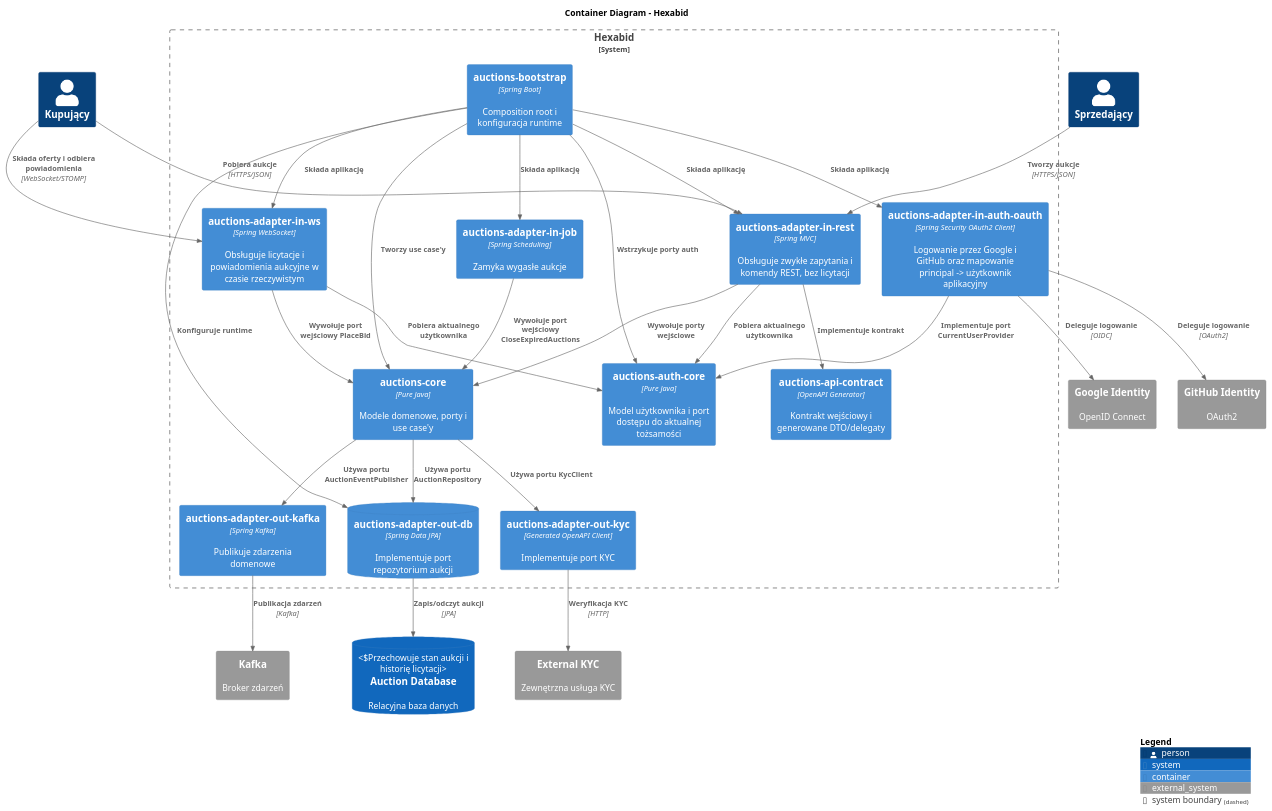
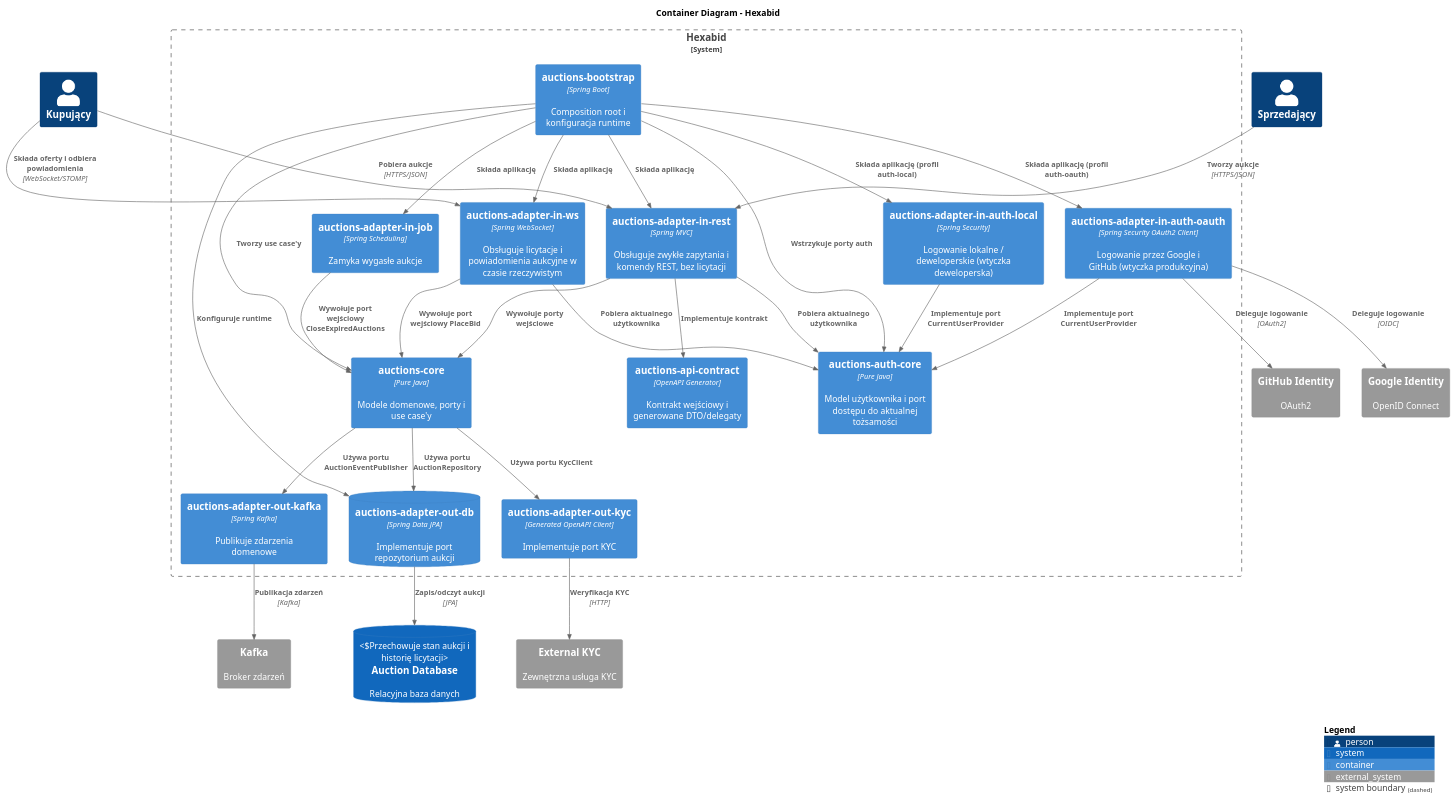
The second of 3 diagrams in hexabid/doc/architecture-c4.adoc (mikoreg/sandbox), drawn with PlantUML before and after one commit. The commit also changed other lines of this file and 134 other files, not shown here.

```diff
--- a/hexabid/doc/architecture-c4.adoc
+++ b/hexabid/doc/architecture-c4.adoc
@@ -63,63 +67,66 @@
 [plantuml, c4-container, png]
 ....
 !includeurl https://raw.githubusercontent.com/plantuml-stdlib/C4-PlantUML/master/C4_Container.puml
 
 title Container Diagram - Hexabid
 skinparam defaultFontName Noto Sans
 
 LAYOUT_WITH_LEGEND()
 
 Person(buyer, "Kupujący")
 Person(seller, "Sprzedający")
 
 System_Ext(kyc, "External KYC", "Zewnętrzna usługa KYC")
 System_Ext(kafka, "Kafka", "Broker zdarzeń")
 System_Ext(google, "Google Identity", "OpenID Connect")
 System_Ext(github, "GitHub Identity", "OAuth2")
 SystemDb(db, "Auction Database", "Relacyjna baza danych", "Przechowuje stan aukcji i historię licytacji")
 
 System_Boundary(hexabid, "Hexabid") {
     Container(authCore, "auctions-auth-core", "Pure Java", "Model użytkownika i port dostępu do aktualnej tożsamości")
-    Container(authAdapter, "auctions-adapter-in-auth-oauth", "Spring Security OAuth2 Client", "Logowanie przez Google i GitHub oraz mapowanie principal -> użytkownik aplikacyjny")
+    Container(authOAuth, "auctions-adapter-in-auth-oauth", "Spring Security OAuth2 Client", "Logowanie przez Google i GitHub (wtyczka produkcyjna)")
+    Container(authLocal, "auctions-adapter-in-auth-local", "Spring Security", "Logowanie lokalne / deweloperskie (wtyczka deweloperska)")
     Container(rest, "auctions-adapter-in-rest", "Spring MVC", "Obsługuje zwykłe zapytania i komendy REST, bez licytacji")
     Container(ws, "auctions-adapter-in-ws", "Spring WebSocket", "Obsługuje licytacje i powiadomienia aukcyjne w czasie rzeczywistym")
     Container(job, "auctions-adapter-in-job", "Spring Scheduling", "Zamyka wygasłe aukcje")
     Container(core, "auctions-core", "Pure Java", "Modele domenowe, porty i use case'y")
     ContainerDb(dbAdapter, "auctions-adapter-out-db", "Spring Data JPA", "Implementuje port repozytorium aukcji")
     Container(kafkaAdapter, "auctions-adapter-out-kafka", "Spring Kafka", "Publikuje zdarzenia domenowe")
     Container(kycAdapter, "auctions-adapter-out-kyc", "Generated OpenAPI Client", "Implementuje port KYC")
     Container(contract, "auctions-api-contract", "OpenAPI Generator", "Kontrakt wejściowy i generowane DTO/delegaty")
     Container(bootstrap, "auctions-bootstrap", "Spring Boot", "Composition root i konfiguracja runtime")
 }
 
 Rel(seller, rest, "Tworzy aukcje", "HTTPS/JSON")
 Rel(buyer, rest, "Pobiera aukcje", "HTTPS/JSON")
 Rel(buyer, ws, "Składa oferty i odbiera powiadomienia", "WebSocket/STOMP")
 Rel(rest, authCore, "Pobiera aktualnego użytkownika")
 Rel(ws, authCore, "Pobiera aktualnego użytkownika")
-Rel(authAdapter, authCore, "Implementuje port CurrentUserProvider")
-Rel(authAdapter, google, "Deleguje logowanie", "OIDC")
-Rel(authAdapter, github, "Deleguje logowanie", "OAuth2")
+Rel(authOAuth, authCore, "Implementuje port CurrentUserProvider")
+Rel(authLocal, authCore, "Implementuje port CurrentUserProvider")
+Rel(authOAuth, google, "Deleguje logowanie", "OIDC")
+Rel(authOAuth, github, "Deleguje logowanie", "OAuth2")
 
 Rel(rest, contract, "Implementuje kontrakt")
 Rel(rest, core, "Wywołuje porty wejściowe")
 Rel(ws, core, "Wywołuje port wejściowy PlaceBid")
 Rel(job, core, "Wywołuje port wejściowy CloseExpiredAuctions")
 
 Rel(core, dbAdapter, "Używa portu AuctionRepository")
 Rel(core, kafkaAdapter, "Używa portu AuctionEventPublisher")
 Rel(core, kycAdapter, "Używa portu KycClient")
 
 Rel(dbAdapter, db, "Zapis/odczyt aukcji", "JPA")
 Rel(kafkaAdapter, kafka, "Publikacja zdarzeń", "Kafka")
 Rel(kycAdapter, kyc, "Weryfikacja KYC", "HTTP")
 Rel(bootstrap, rest, "Składa aplikację")
-Rel(bootstrap, authAdapter, "Składa aplikację")
+Rel(bootstrap, authOAuth, "Składa aplikację (profil auth-oauth)")
+Rel(bootstrap, authLocal, "Składa aplikację (profil auth-local)")
 Rel(bootstrap, authCore, "Wstrzykuje porty auth")
 Rel(bootstrap, ws, "Składa aplikację")
 Rel(bootstrap, job, "Składa aplikację")
 Rel(bootstrap, core, "Tworzy use case'y")
 Rel(bootstrap, dbAdapter, "Konfiguruje runtime")
 
 SHOW_LEGEND()
 ....
```
